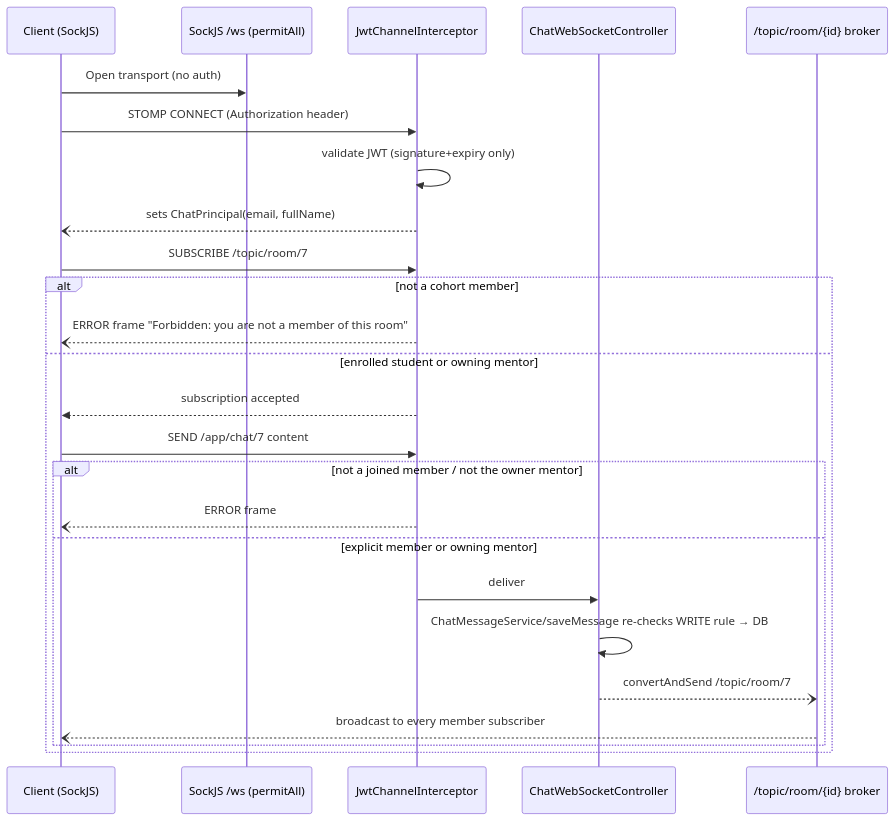
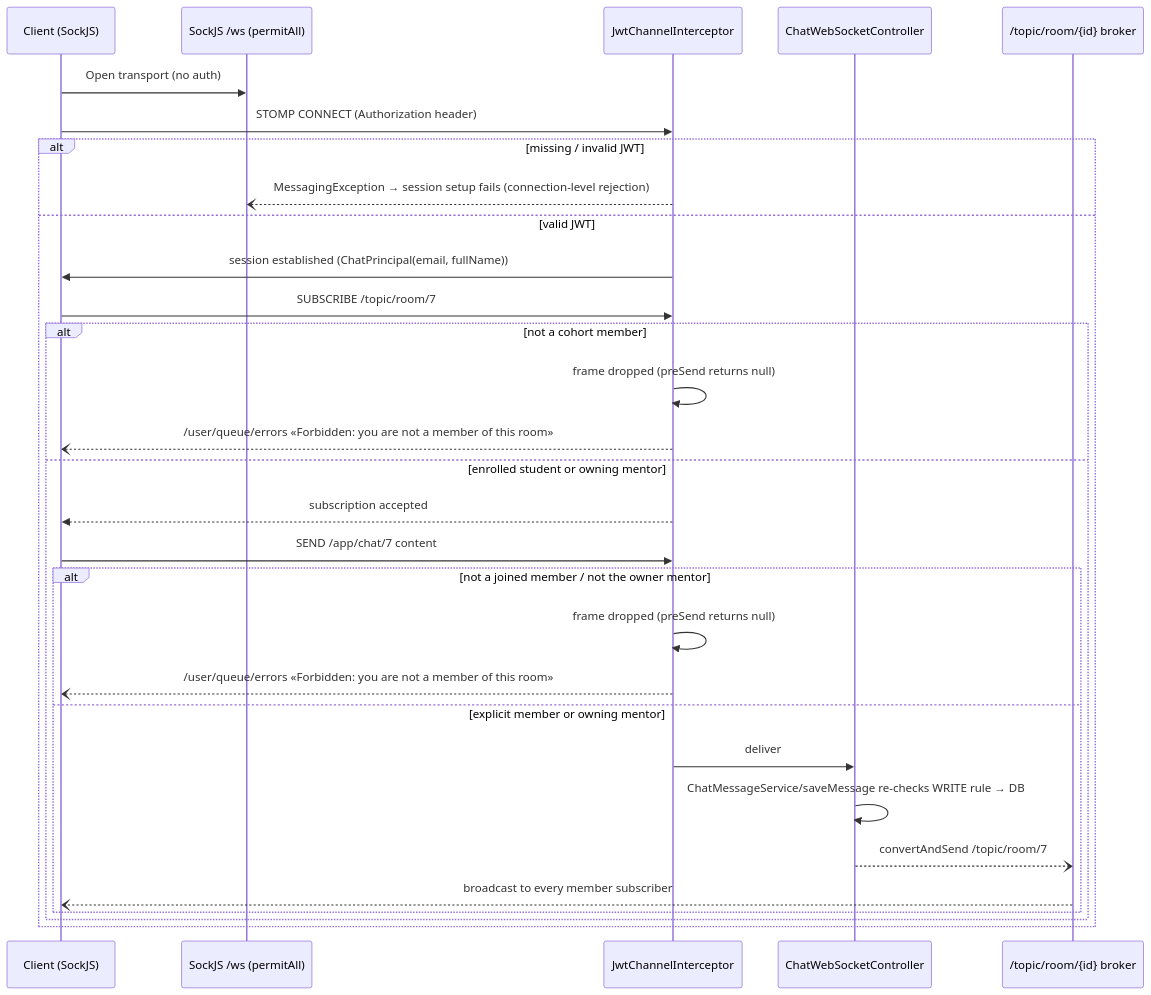
One commit to MooRaa86/EduNest changed the diagram in mds/websocket/connection-lifecycle.md. Above: the diagram before and after it, drawn with Mermaid. The commit also changed other lines of this file and 15 other files, not shown here.

````diff
--- a/mds/websocket/connection-lifecycle.md
+++ b/mds/websocket/connection-lifecycle.md
@@ -43,28 +43,33 @@
 ```mermaid
 sequenceDiagram
   participant FE as Client (SockJS)
   participant S as SockJS /ws (permitAll)
   participant CI as JwtChannelInterceptor
   participant C as ChatWebSocketController
   participant B as /topic/room/{id} broker
 
   FE->>S: Open transport (no auth)
   FE->>CI: STOMP CONNECT (Authorization header)
-  CI->>CI: validate JWT (signature+expiry only)
-  CI--)FE: sets ChatPrincipal(email, fullName)
-  FE->>CI: SUBSCRIBE /topic/room/7
-  alt not a cohort member
-    CI--)FE: ERROR frame "Forbidden: you are not a member of this room"
-  else enrolled student or owning mentor
-    CI-->>FE: subscription accepted
-    FE->>CI: SEND /app/chat/7 content
-    alt not a joined member / not the owner mentor
-      CI--)FE: ERROR frame
-    else explicit member or owning mentor
-      CI->>C: deliver
-      C->>C: ChatMessageService/saveMessage re-checks WRITE rule → DB
-      C--)B: convertAndSend /topic/room/7
-      B--)FE: broadcast to every member subscriber
+  alt missing / invalid JWT
+    CI--)S: MessagingException → session setup fails (connection-level rejection)
+  else valid JWT
+    CI->>FE: session established (ChatPrincipal(email, fullName))
+    FE->>CI: SUBSCRIBE /topic/room/7
+    alt not a cohort member
+      CI->>CI: frame dropped (preSend returns null)
+      CI--)FE: /user/queue/errors «Forbidden: you are not a member of this room»
+    else enrolled student or owning mentor
+      CI-->>FE: subscription accepted
+      FE->>CI: SEND /app/chat/7 content
+      alt not a joined member / not the owner mentor
+        CI->>CI: frame dropped (preSend returns null)
+        CI--)FE: /user/queue/errors «Forbidden: you are not a member of this room»
+      else explicit member or owning mentor
+        CI->>C: deliver
+        C->>C: ChatMessageService/saveMessage re-checks WRITE rule → DB
+        C--)B: convertAndSend /topic/room/7
+        B--)FE: broadcast to every member subscriber
+      end
     end
   end
 ```
````
